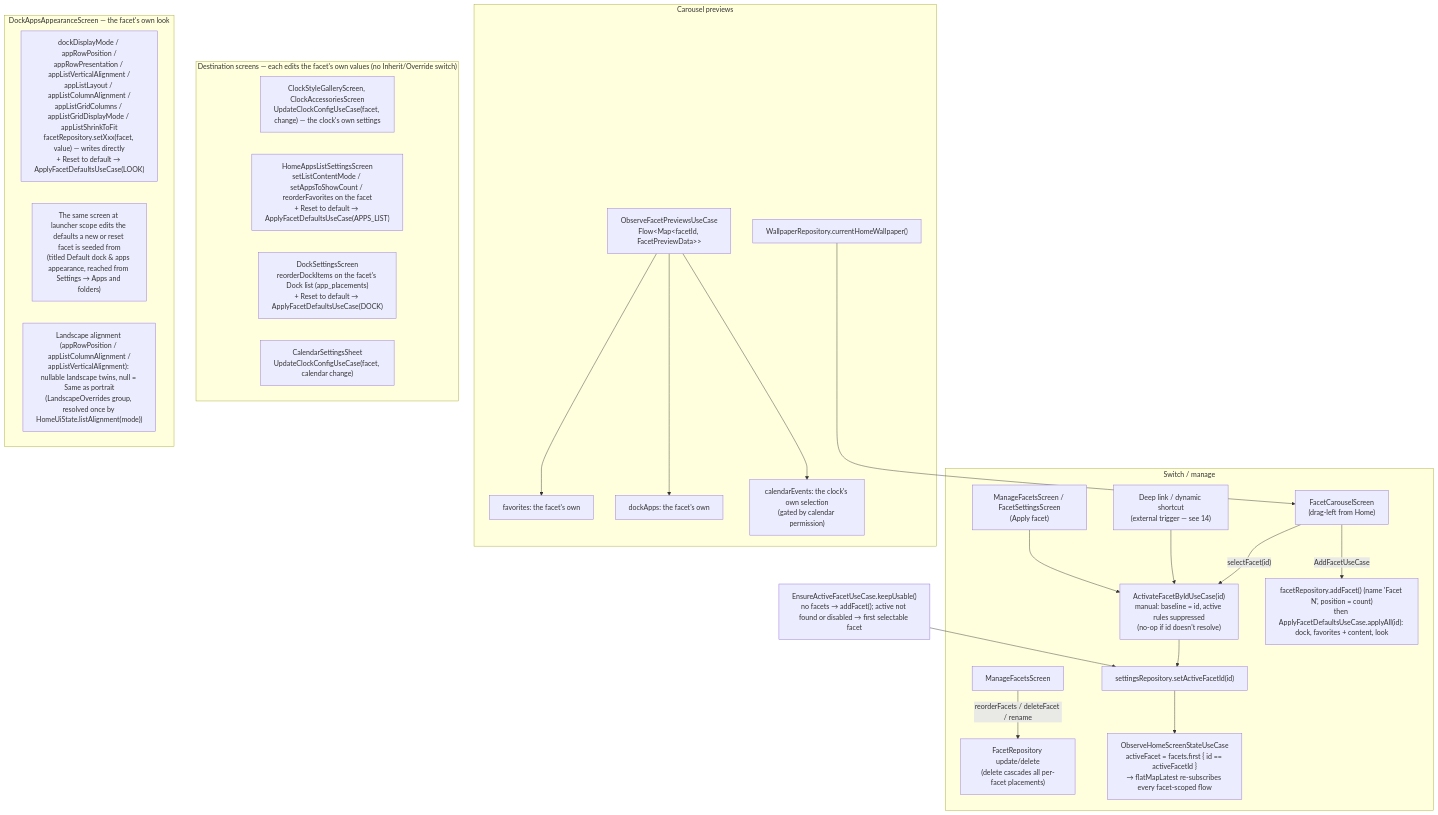
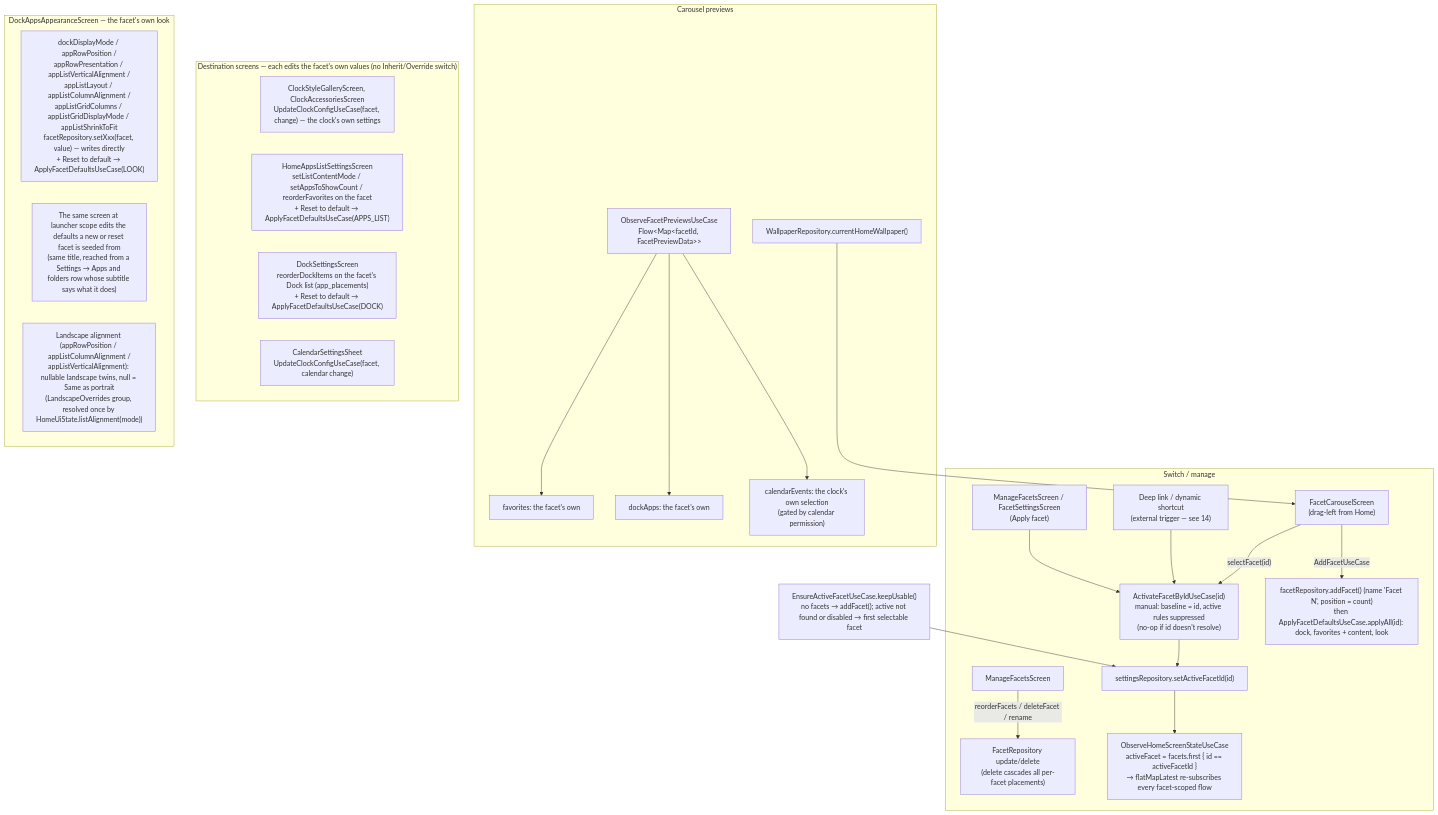
Before and after one commit to rohitganjam/facet-launcher: the first of 5 diagrams in docs/architecture/13-flow-facets-theme-notifications-onboarding.md, drawn with Mermaid. The commit also changed other lines of this file and 12 other files, not shown here.

Commit message:
Default Dock & Apps appearance: same title, subtitle says what it does

````diff
--- a/docs/architecture/13-flow-facets-theme-notifications-onboarding.md
+++ b/docs/architecture/13-flow-facets-theme-notifications-onboarding.md
@@ -13,31 +13,31 @@
 ```mermaid
 flowchart TB
     subgraph SWITCH["Switch / manage"]
         CAR["FacetCarouselScreen\n(drag-left from Home)"] -- "selectFacet(id)" --> UC["ActivateFacetByIdUseCase(id)\nmanual: baseline = id, active rules suppressed\n(no-op if id doesn't resolve)"]
         EXT["Deep link / dynamic shortcut\n(external trigger — see 14)"] --> UC
         MANA["ManageFacetsScreen / FacetSettingsScreen\n(Apply facet)"] --> UC
         UC --> S1["settingsRepository.setActiveFacetId(id)"]
         CAR -- "AddFacetUseCase" --> S2["facetRepository.addFacet() (name 'Facet N', position = count)\nthen ApplyFacetDefaultsUseCase.applyAll(id): dock, favorites + content, look"]
         MAN["ManageFacetsScreen"] -- "reorderFacets / deleteFacet / rename" --> S3["FacetRepository update/delete\n(delete cascades all per-facet placements)"]
         S1 --> HOME["ObserveHomeScreenStateUseCase\nactiveFacet = facets.first { id == activeFacetId }\n→ flatMapLatest re-subscribes every facet-scoped flow"]
     end
     subgraph PREVIEW["Carousel previews"]
         OFP["ObserveFacetPreviewsUseCase\nFlow&lt;Map&lt;facetId, FacetPreviewData&gt;&gt;"]
         OFP --> P1["favorites: the facet's own"]
         OFP --> P2["dockApps: the facet's own"]
         OFP --> P3["calendarEvents: the clock's own selection\n(gated by calendar permission)"]
         WP["WallpaperRepository.currentHomeWallpaper()"] --> CAR
     end
     subgraph OWN["Destination screens — each edits the facet's own values (no Inherit/Override switch)"]
         C1["ClockStyleGalleryScreen, ClockAccessoriesScreen\nUpdateClockConfigUseCase(facet, change) — the clock's own settings"]
         C2["HomeAppsListSettingsScreen\nsetListContentMode / setAppsToShowCount / reorderFavorites on the facet\n+ Reset to default → ApplyFacetDefaultsUseCase(APPS_LIST)"]
         C3["DockSettingsScreen\nreorderDockItems on the facet's Dock list (app_placements)\n+ Reset to default → ApplyFacetDefaultsUseCase(DOCK)"]
         C4["CalendarSettingsSheet\nUpdateClockConfigUseCase(facet, calendar change)"]
     end
     subgraph LOOK["DockAppsAppearanceScreen — the facet's own look"]
         A1["dockDisplayMode / appRowPosition /\nappRowPresentation / appListVerticalAlignment /\nappListLayout / appListColumnAlignment /\nappListGridColumns / appListGridDisplayMode / appListShrinkToFit\nfacetRepository.setXxx(facet, value) — writes directly\n+ Reset to default → ApplyFacetDefaultsUseCase(LOOK)"]
-        A2["The same screen at launcher scope edits the defaults a new or reset facet is seeded from\n(titled Default dock & apps appearance, reached from Settings → Apps and folders)"]
+        A2["The same screen at launcher scope edits the defaults a new or reset facet is seeded from\n(same title, reached from a Settings → Apps and folders row whose subtitle says what it does)"]
         A3["Landscape alignment (appRowPosition / appListColumnAlignment /\nappListVerticalAlignment): nullable landscape twins, null = Same as portrait\n(LandscapeOverrides group, resolved once by HomeUiState.listAlignment(mode))"]
     end
     EAF["EnsureActiveFacetUseCase.keepUsable()\nno facets → addFacet(); active not found or disabled → first selectable facet"] --> S1
 ```
````
